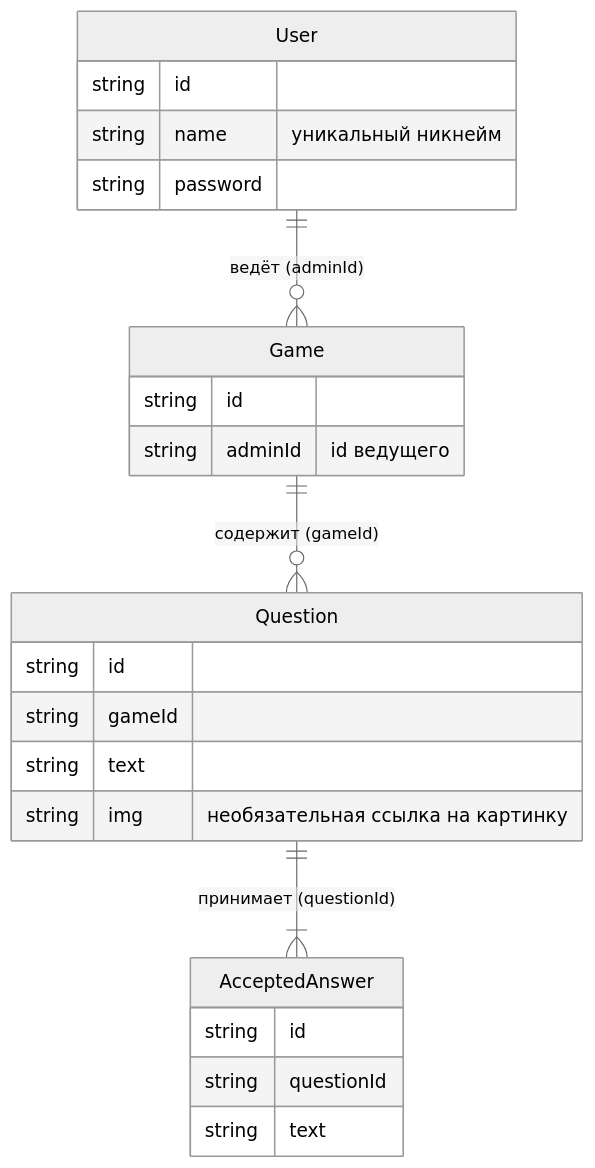
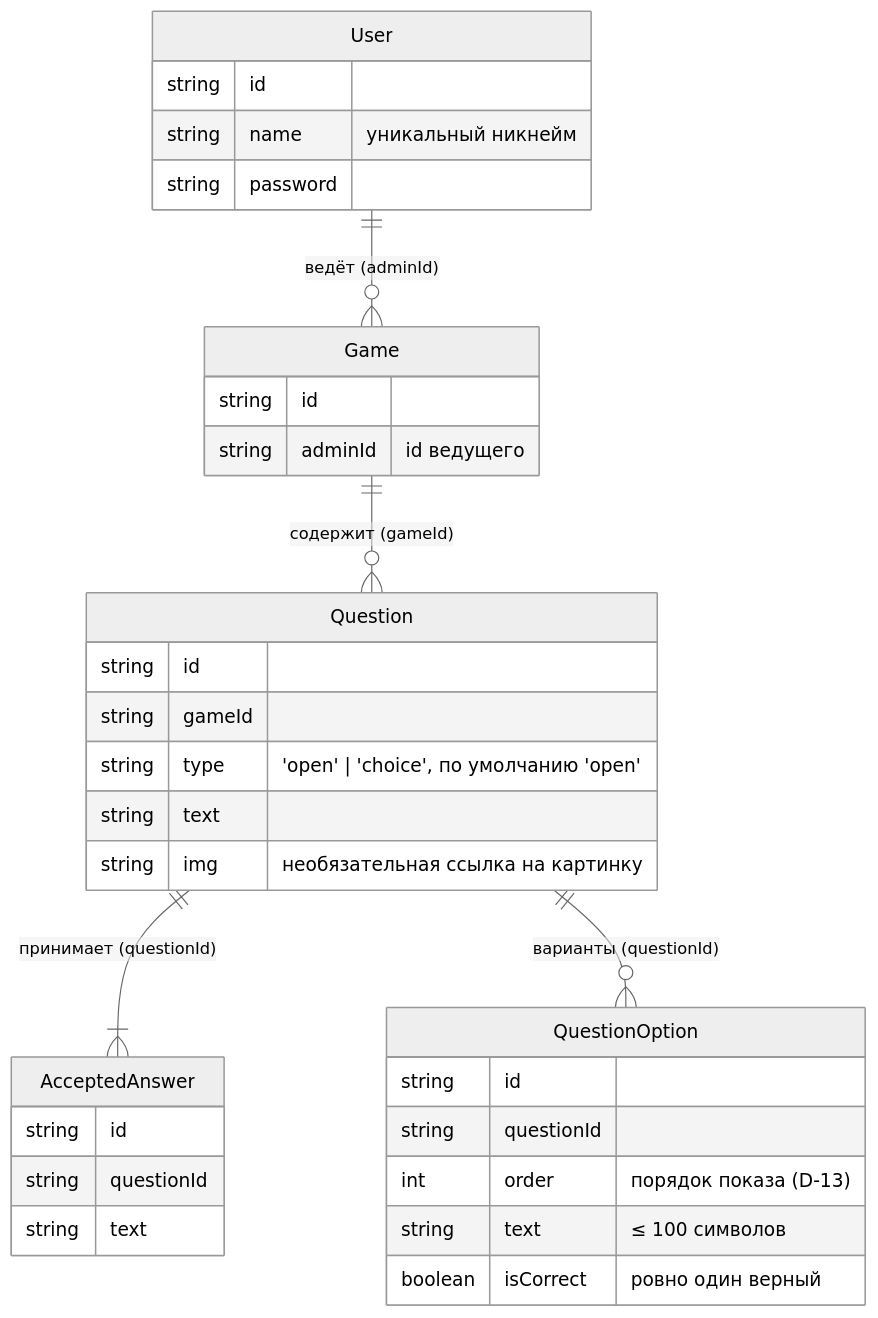
One commit to m5production/clone-kahoot-docs changed the diagram in docs/05-domain-model.md. Above: the diagram before and after it, drawn with Mermaid (neutral theme). The commit also changed other lines of this file and 6 other files, not shown here.

````diff
--- a/docs/05-domain-model.md
+++ b/docs/05-domain-model.md
@@ -7,27 +7,36 @@
 ```mermaid
 erDiagram
     User ||--o{ Game : "ведёт (adminId)"
     Game ||--o{ Question : "содержит (gameId)"
     Question ||--|{ AcceptedAnswer : "принимает (questionId)"
+    Question ||--o{ QuestionOption : "варианты (questionId)"
 
     User {
         string id
         string name "уникальный никнейм"
         string password
     }
     Game {
         string id
         string adminId "id ведущего"
     }
     Question {
         string id
         string gameId
+        string type "'open' | 'choice', по умолчанию 'open'"
         string text
         string img "необязательная ссылка на картинку"
     }
     AcceptedAnswer {
         string id
         string questionId
         string text
     }
+    QuestionOption {
+        string id
+        string questionId
+        int order "порядок показа (D-13)"
+        string text "≤ 100 символов"
+        boolean isCorrect "ровно один верный"
+    }
 ```
````
